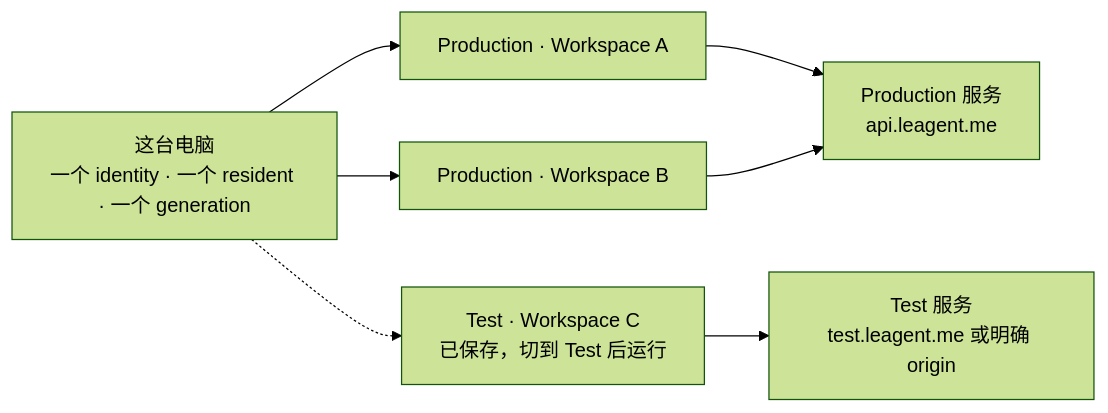
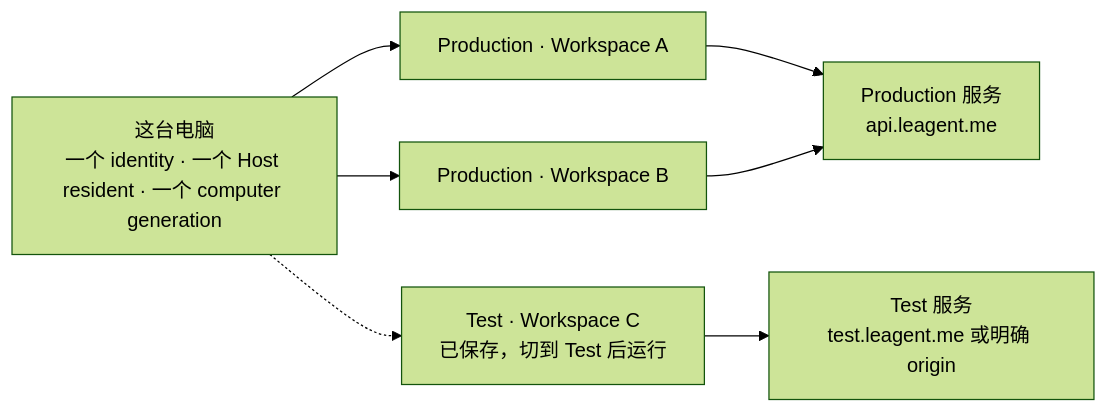
Before and after one commit to LRM-Teams/multica: the first of 5 diagrams in docs/computer-v1-global-view.md, drawn with Mermaid (forest theme). The commit also changed other lines of this file and 51 other files, not shown here.

````diff
--- a/docs/computer-v1-global-view.md
+++ b/docs/computer-v1-global-view.md
@@ -21,15 +21,15 @@
 ```mermaid
 flowchart LR
-  C["这台电脑<br/>一个 identity · 一个 resident · 一个 generation"]
+  C["这台电脑<br/>一个 identity · 一个 Host resident · 一个 computer generation"]
 
   PA["Production · Workspace A"]
   PB["Production · Workspace B"]
   TC["Test · Workspace C<br/>已保存，切到 Test 后运行"]
 
   PROD["Production 服务<br/>api.leagent.me"]
   TEST["Test 服务<br/>test.leagent.me 或明确 origin"]
 
   C --> PA --> PROD
   C --> PB --> PROD
   C -.-> TC --> TEST
 ```
````
